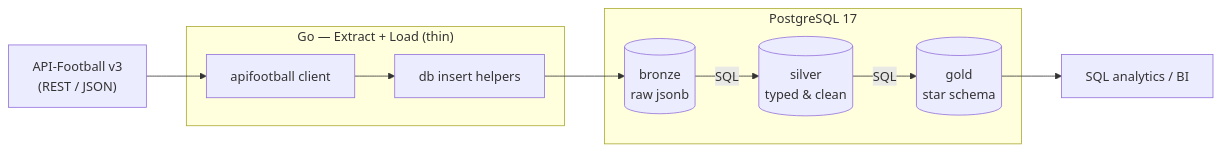
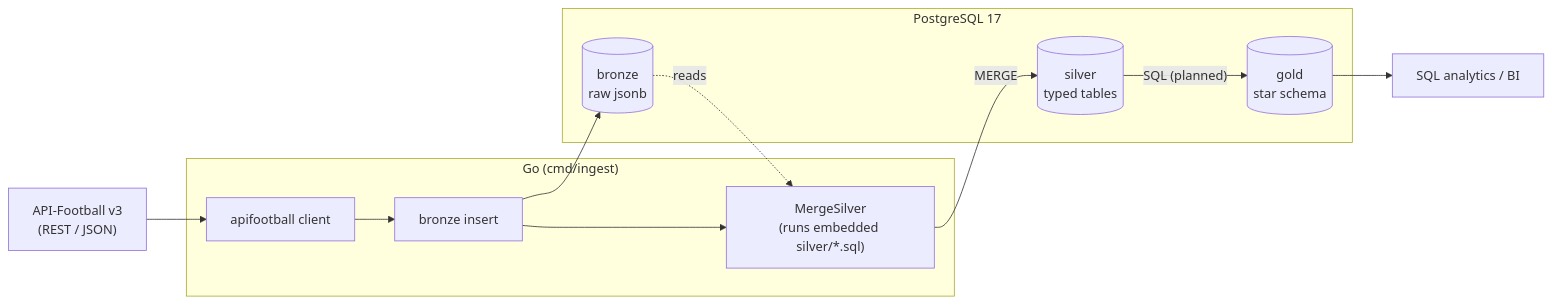
The first of 4 diagrams in README.md (rodrigoarismendi/offside), drawn with Mermaid before and after one commit. The commit also changed other lines of this file and 17 other files, not shown here.

````diff
--- a/README.md
+++ b/README.md
@@ -56,17 +56,19 @@
 ```mermaid
 flowchart LR
     API["API-Football v3<br/>(REST / JSON)"]
-    subgraph GO["Go — Extract + Load (thin)"]
-        C["apifootball client"] --> L["db insert helpers"]
+    subgraph GO["Go (cmd/ingest)"]
+        C["apifootball client"] --> L["bronze insert"]
+        L --> M["MergeSilver<br/>(runs embedded silver/*.sql)"]
     end
     subgraph PG["PostgreSQL 17"]
         B[("bronze<br/>raw jsonb")]
-        S[("silver<br/>typed & clean")]
+        S[("silver<br/>typed tables")]
         G[("gold<br/>star schema")]
     end
     API --> C
     L --> B
-    B -- "SQL" --> S
-    S -- "SQL" --> G
+    B -. reads .-> M
+    M -- "MERGE" --> S
+    S -- "SQL (planned)" --> G
     G --> BI["SQL analytics / BI"]
 ```
````
